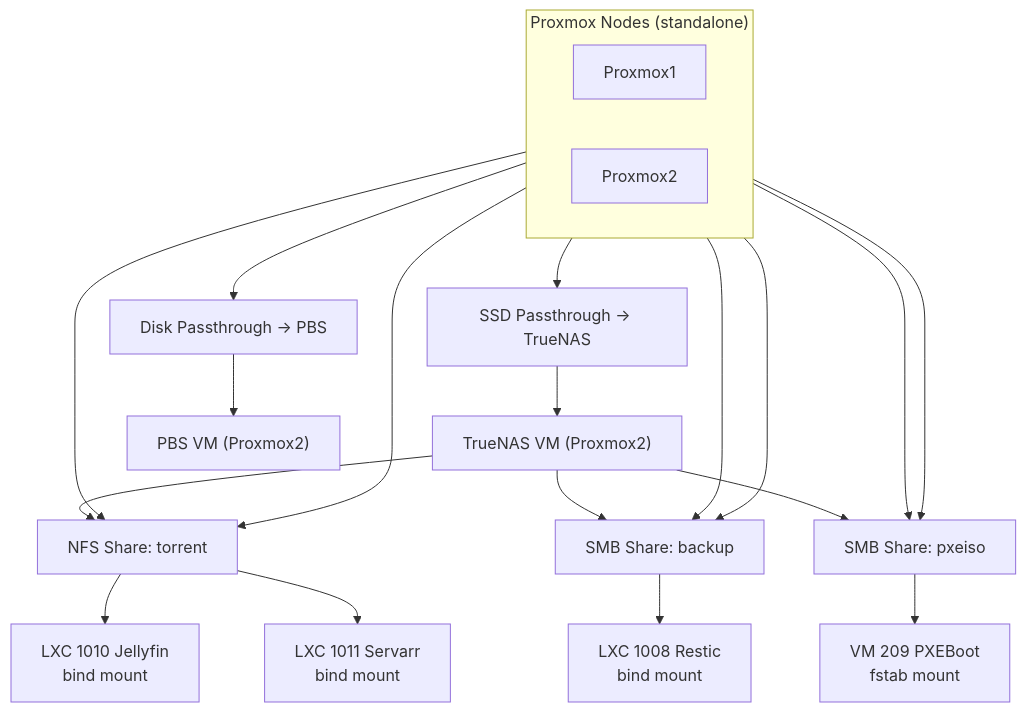
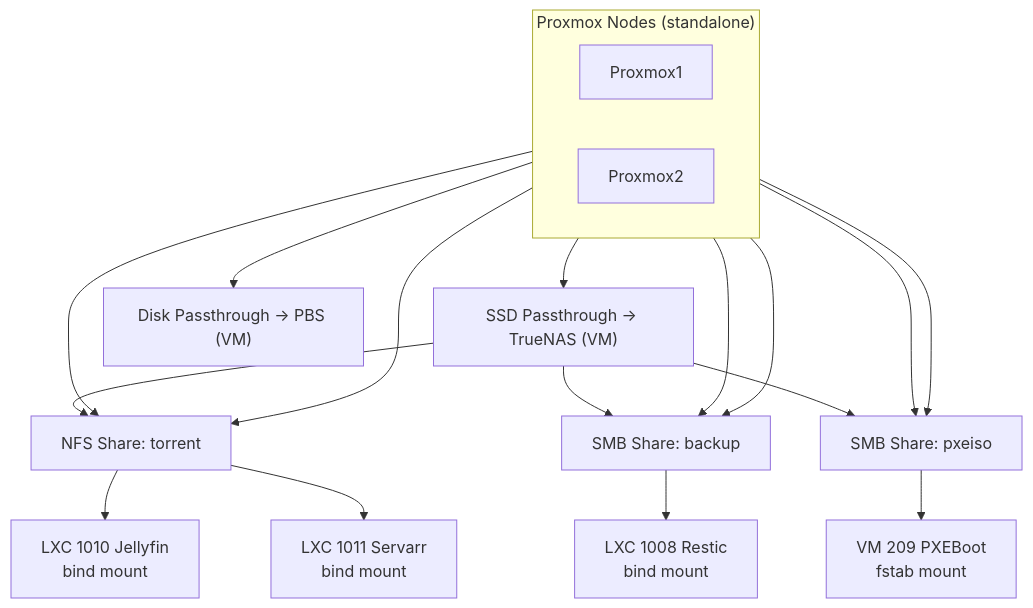
The first of 2 diagrams in 13-Design_Decisions/README_HU.md (torokrolf/homelab), drawn with Mermaid before and after one commit. The commit also changed other lines of this file, not shown here.

````diff
--- a/13-Design_Decisions/README_HU.md
+++ b/13-Design_Decisions/README_HU.md
@@ -3,46 +3,43 @@
 ```mermaid
 flowchart TB
 
     %% Top row: Proxmox nodes side by side
     subgraph PROXMOX["Proxmox Nodes (standalone)"]
         direction LR
         PVE1["Proxmox1"]
         PVE2["Proxmox2"]
     end
 
-    %% Passthrough disks on PVE2
-    SSD_TRUENAS["SSD Passthrough → TrueNAS"]
-    SSD_PBS["Disk Passthrough → PBS"]
-
-    TRUENAS_VM["TrueNAS VM (Proxmox2)"]
-    PBS_VM["PBS VM (Proxmox2)"]
+    %% Passthrough disks going directly to VMs
+    SSD_TRUENAS["SSD Passthrough → TrueNAS (VM)"]
+    SSD_PBS["Disk Passthrough → PBS (VM)"]
 
     %% Passthrough connections
-    PVE2 --> SSD_TRUENAS --> TRUENAS_VM
-    PVE2 --> SSD_PBS --> PBS_VM
+    PVE2 --> SSD_TRUENAS
+    PVE2 --> SSD_PBS
 
     %% TrueNAS storage exports
-    TRUENAS_VM --> NFS["NFS Share: torrent"]
-    TRUENAS_VM --> SMB1["SMB Share: backup"]
-    TRUENAS_VM --> SMB2["SMB Share: pxeiso"]
+    SSD_TRUENAS --> NFS["NFS Share: torrent"]
+    SSD_TRUENAS --> SMB1["SMB Share: backup"]
+    SSD_TRUENAS --> SMB2["SMB Share: pxeiso"]
 
     %% Both Proxmox nodes mount the shares
     PVE1 --> NFS
     PVE1 --> SMB1
     PVE1 --> SMB2
 
     PVE2 --> NFS
     PVE2 --> SMB1
     PVE2 --> SMB2
 
     %% Consumers
     JELLY["LXC 1010 Jellyfin\nbind mount"]
     SERVARR["LXC 1011 Servarr\nbind mount"]
     RESTIC["LXC 1008 Restic\nbind mount"]
     PXEVM["VM 209 PXEBoot\nfstab mount"]
 
     NFS --> JELLY
     NFS --> SERVARR
     SMB1 --> RESTIC
     SMB2 --> PXEVM
 ```
````
